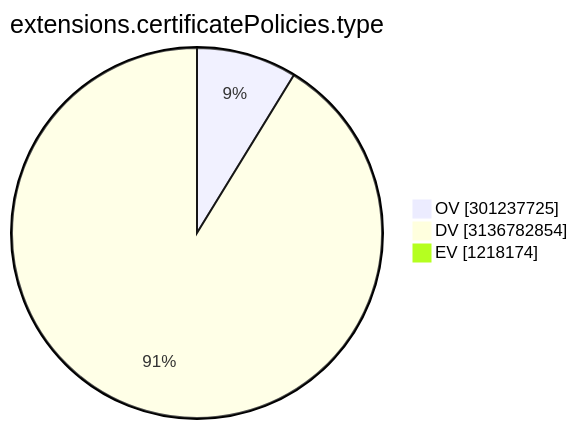
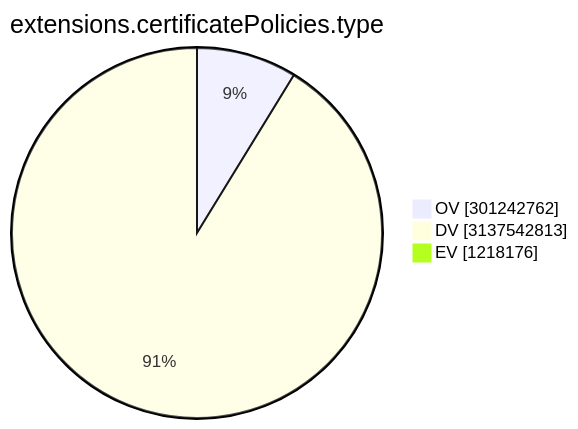
The ninth of 15 diagrams in TOTAL/README.md (christiankrug/ctmonitor_visualization), drawn with Mermaid before and after one commit. The commit also changed other lines of this file, not shown here.

````diff
--- a/TOTAL/README.md
+++ b/TOTAL/README.md
@@ -3105,7 +3105,7 @@
 ```mermaid
 pie showData
 title extensions.certificatePolicies.type
-"OV" :301237725
-"DV" :3136782854
-"EV" :1218174
+"OV" :301242762
+"DV" :3137542813
+"EV" :1218176
 ```
````
